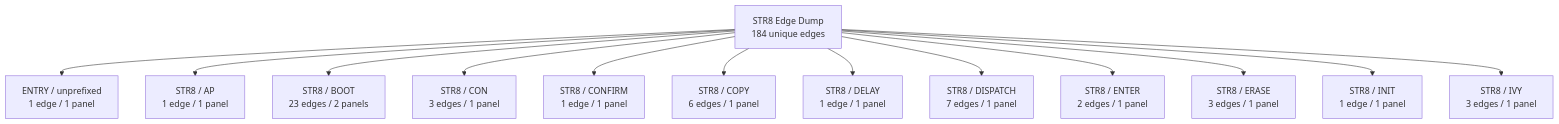
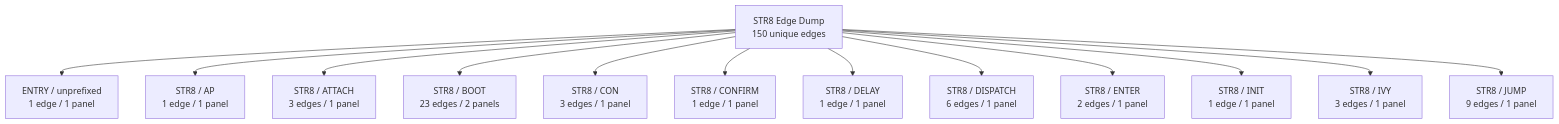
One commit to 95westus/R-YORS changed the first of 38 diagrams in DOC/GUIDES/STR8/STR8_EDGE_DUMP.md. Above: the diagram before and after it, drawn with Mermaid. The commit also changed other lines of this file and 35 other files, not shown here.

Commit message:
feat(str8): complete banked boot maintenance

````diff
--- a/DOC/GUIDES/STR8/STR8_EDGE_DUMP.md
+++ b/DOC/GUIDES/STR8/STR8_EDGE_DUMP.md
@@ -26,15 +26,15 @@
 ```mermaid
 flowchart TD
-    EDGE_ATLAS_ROOT_0["STR8 Edge Dump<br/>184 unique edges"] --> EDGE_FAMILY_0_0["ENTRY / unprefixed<br/>1 edge / 1 panel"]
-    EDGE_ATLAS_ROOT_0["STR8 Edge Dump<br/>184 unique edges"] --> EDGE_FAMILY_0_1["STR8 / AP<br/>1 edge / 1 panel"]
-    EDGE_ATLAS_ROOT_0["STR8 Edge Dump<br/>184 unique edges"] --> EDGE_FAMILY_0_2["STR8 / BOOT<br/>23 edges / 2 panels"]
-    EDGE_ATLAS_ROOT_0["STR8 Edge Dump<br/>184 unique edges"] --> EDGE_FAMILY_0_3["STR8 / CON<br/>3 edges / 1 panel"]
-    EDGE_ATLAS_ROOT_0["STR8 Edge Dump<br/>184 unique edges"] --> EDGE_FAMILY_0_4["STR8 / CONFIRM<br/>1 edge / 1 panel"]
-    EDGE_ATLAS_ROOT_0["STR8 Edge Dump<br/>184 unique edges"] --> EDGE_FAMILY_0_5["STR8 / COPY<br/>6 edges / 1 panel"]
-    EDGE_ATLAS_ROOT_0["STR8 Edge Dump<br/>184 unique edges"] --> EDGE_FAMILY_0_6["STR8 / DELAY<br/>1 edge / 1 panel"]
-    EDGE_ATLAS_ROOT_0["STR8 Edge Dump<br/>184 unique edges"] --> EDGE_FAMILY_0_7["STR8 / DISPATCH<br/>7 edges / 1 panel"]
-    EDGE_ATLAS_ROOT_0["STR8 Edge Dump<br/>184 unique edges"] --> EDGE_FAMILY_0_8["STR8 / ENTER<br/>2 edges / 1 panel"]
-    EDGE_ATLAS_ROOT_0["STR8 Edge Dump<br/>184 unique edges"] --> EDGE_FAMILY_0_9["STR8 / ERASE<br/>3 edges / 1 panel"]
-    EDGE_ATLAS_ROOT_0["STR8 Edge Dump<br/>184 unique edges"] --> EDGE_FAMILY_0_10["STR8 / INIT<br/>1 edge / 1 panel"]
-    EDGE_ATLAS_ROOT_0["STR8 Edge Dump<br/>184 unique edges"] --> EDGE_FAMILY_0_11["STR8 / IVY<br/>3 edges / 1 panel"]
+    EDGE_ATLAS_ROOT_0["STR8 Edge Dump<br/>150 unique edges"] --> EDGE_FAMILY_0_0["ENTRY / unprefixed<br/>1 edge / 1 panel"]
+    EDGE_ATLAS_ROOT_0["STR8 Edge Dump<br/>150 unique edges"] --> EDGE_FAMILY_0_1["STR8 / AP<br/>1 edge / 1 panel"]
+    EDGE_ATLAS_ROOT_0["STR8 Edge Dump<br/>150 unique edges"] --> EDGE_FAMILY_0_2["STR8 / ATTACH<br/>3 edges / 1 panel"]
+    EDGE_ATLAS_ROOT_0["STR8 Edge Dump<br/>150 unique edges"] --> EDGE_FAMILY_0_3["STR8 / BOOT<br/>23 edges / 2 panels"]
+    EDGE_ATLAS_ROOT_0["STR8 Edge Dump<br/>150 unique edges"] --> EDGE_FAMILY_0_4["STR8 / CON<br/>3 edges / 1 panel"]
+    EDGE_ATLAS_ROOT_0["STR8 Edge Dump<br/>150 unique edges"] --> EDGE_FAMILY_0_5["STR8 / CONFIRM<br/>1 edge / 1 panel"]
+    EDGE_ATLAS_ROOT_0["STR8 Edge Dump<br/>150 unique edges"] --> EDGE_FAMILY_0_6["STR8 / DELAY<br/>1 edge / 1 panel"]
+    EDGE_ATLAS_ROOT_0["STR8 Edge Dump<br/>150 unique edges"] --> EDGE_FAMILY_0_7["STR8 / DISPATCH<br/>6 edges / 1 panel"]
+    EDGE_ATLAS_ROOT_0["STR8 Edge Dump<br/>150 unique edges"] --> EDGE_FAMILY_0_8["STR8 / ENTER<br/>2 edges / 1 panel"]
+    EDGE_ATLAS_ROOT_0["STR8 Edge Dump<br/>150 unique edges"] --> EDGE_FAMILY_0_9["STR8 / INIT<br/>1 edge / 1 panel"]
+    EDGE_ATLAS_ROOT_0["STR8 Edge Dump<br/>150 unique edges"] --> EDGE_FAMILY_0_10["STR8 / IVY<br/>3 edges / 1 panel"]
+    EDGE_ATLAS_ROOT_0["STR8 Edge Dump<br/>150 unique edges"] --> EDGE_FAMILY_0_11["STR8 / JUMP<br/>9 edges / 1 panel"]
 ```
````
